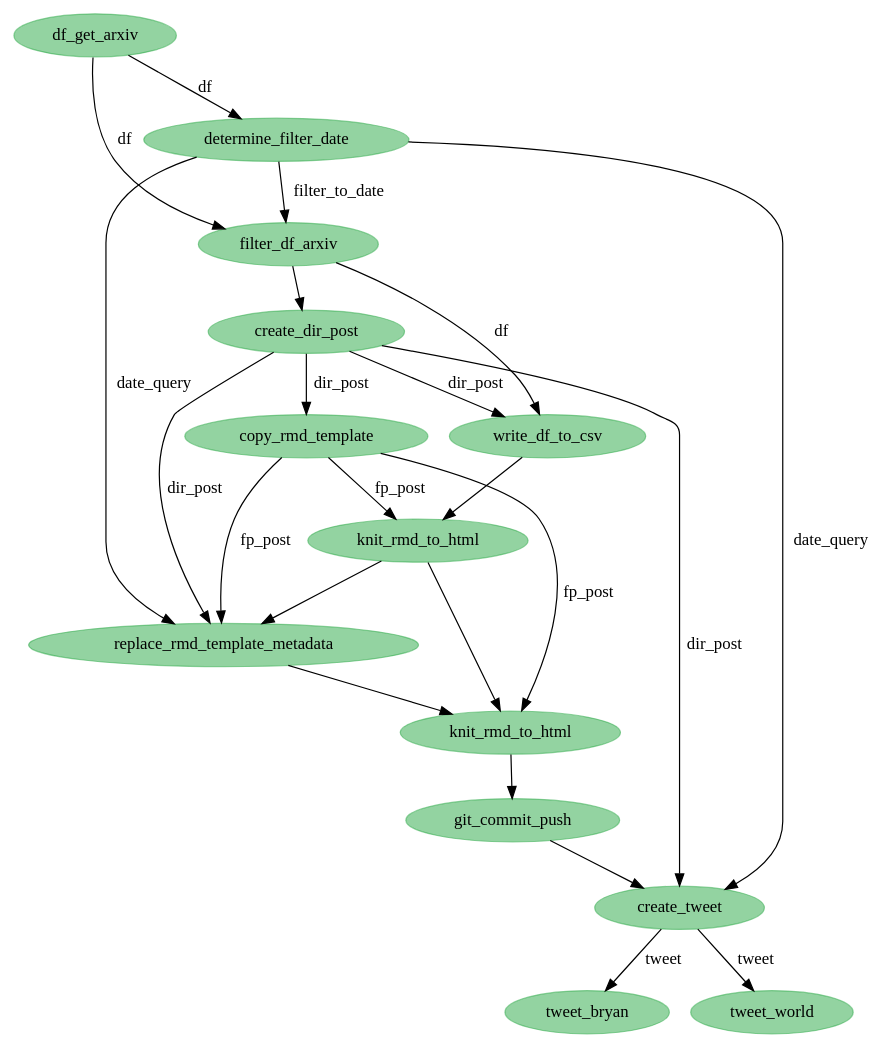
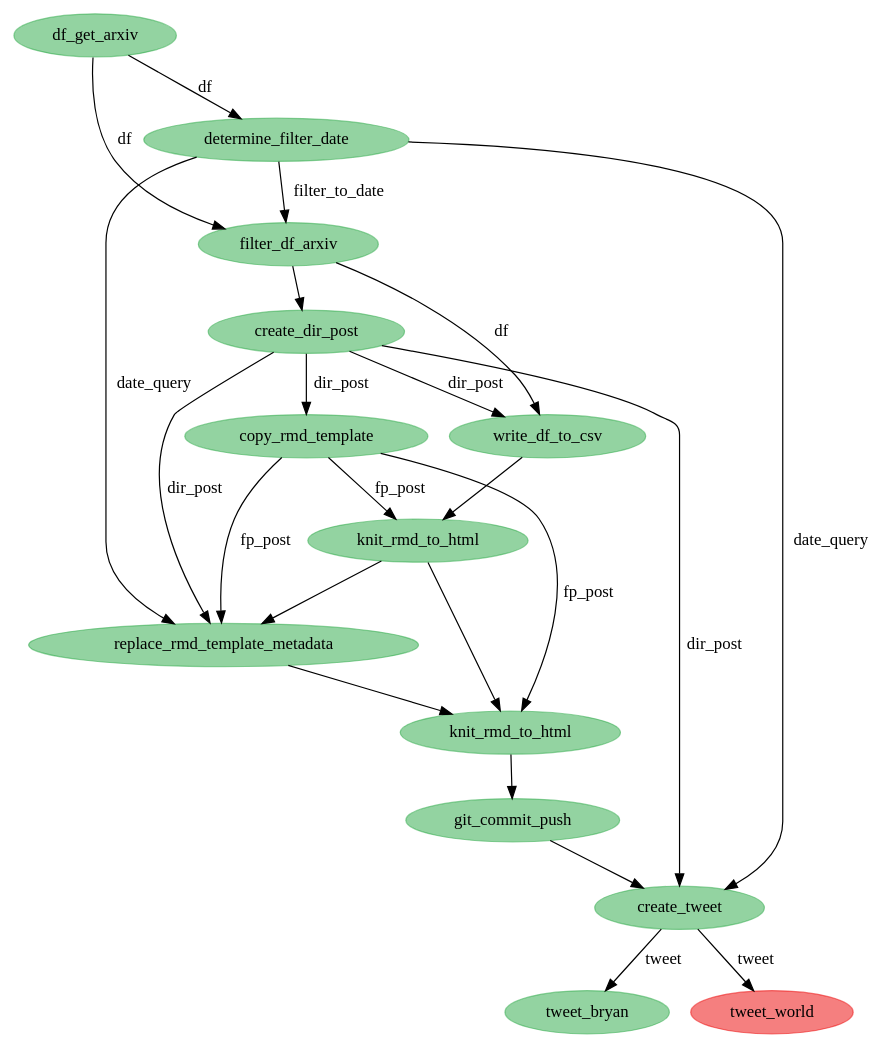
Before and after one commit to bryanwhiting/ds-arxiv: the diagram in python/state-viz.dot, drawn with Graphviz. The commit also changed 16 other files, not shown here.

```diff
--- a/python/state-viz.dot
+++ b/python/state-viz.dot
@@ -1,37 +1,37 @@
 digraph {
-	4631693840 [label=tweet_bryan color="#28a74580" colorscheme=svg shape=ellipse style=filled]
-	4631692944 [label=create_tweet color="#28a74580" colorscheme=svg shape=ellipse style=filled]
-	4631694096 [label=tweet_world color="#28a74580" colorscheme=svg shape=ellipse style=filled]
-	4631621520 [label=df_get_arxiv color="#28a74580" colorscheme=svg shape=ellipse style=filled]
-	4631667216 [label=create_dir_post color="#28a74580" colorscheme=svg shape=ellipse style=filled]
-	4631667728 [label=write_df_to_csv color="#28a74580" colorscheme=svg shape=ellipse style=filled]
-	4631621264 [label=filter_df_arxiv color="#28a74580" colorscheme=svg shape=ellipse style=filled]
-	4631621072 [label=determine_filter_date color="#28a74580" colorscheme=svg shape=ellipse style=filled]
-	4631668688 [label=copy_rmd_template color="#28a74580" colorscheme=svg shape=ellipse style=filled]
-	4631668944 [label=knit_rmd_to_html color="#28a74580" colorscheme=svg shape=ellipse style=filled]
-	4631669648 [label=replace_rmd_template_metadata color="#28a74580" colorscheme=svg shape=ellipse style=filled]
-	4631691408 [label=knit_rmd_to_html color="#28a74580" colorscheme=svg shape=ellipse style=filled]
-	4631692304 [label=git_commit_push color="#28a74580" colorscheme=svg shape=ellipse style=filled]
-	4631668688 -> 4631691408 [label=fp_post]
-	4631621520 -> 4631621264 [label=df]
-	4631667216 -> 4631667728 [label=dir_post]
-	4631667216 -> 4631669648 [label=dir_post]
-	4631667216 -> 4631692944 [label=dir_post]
-	4631667728 -> 4631668944
-	4631668944 -> 4631669648
-	4631668944 -> 4631691408
-	4631668688 -> 4631668944 [label=fp_post]
-	4631621072 -> 4631621264 [label=filter_to_date]
-	4631621520 -> 4631621072 [label=df]
-	4631621072 -> 4631669648 [label=date_query]
-	4631621072 -> 4631692944 [label=date_query]
-	4631667216 -> 4631668688 [label=dir_post]
-	4631621264 -> 4631667216
-	4631669648 -> 4631691408
-	4631691408 -> 4631692304
-	4631692304 -> 4631692944
-	4631692944 -> 4631693840 [label=tweet]
-	4631692944 -> 4631694096 [label=tweet]
-	4631668688 -> 4631669648 [label=fp_post]
-	4631621264 -> 4631667728 [label=df]
+	4588784144 [label=tweet_bryan color="#28a74580" colorscheme=svg shape=ellipse style=filled]
+	4588783248 [label=create_tweet color="#28a74580" colorscheme=svg shape=ellipse style=filled]
+	4588784400 [label=tweet_world color="#eb000080" colorscheme=svg shape=ellipse style=filled]
+	4588703632 [label=df_get_arxiv color="#28a74580" colorscheme=svg shape=ellipse style=filled]
+	4588757520 [label=create_dir_post color="#28a74580" colorscheme=svg shape=ellipse style=filled]
+	4588703376 [label=filter_df_arxiv color="#28a74580" colorscheme=svg shape=ellipse style=filled]
+	4588758032 [label=write_df_to_csv color="#28a74580" colorscheme=svg shape=ellipse style=filled]
+	4588703184 [label=determine_filter_date color="#28a74580" colorscheme=svg shape=ellipse style=filled]
+	4588758992 [label=copy_rmd_template color="#28a74580" colorscheme=svg shape=ellipse style=filled]
+	4588759248 [label=knit_rmd_to_html color="#28a74580" colorscheme=svg shape=ellipse style=filled]
+	4588759952 [label=replace_rmd_template_metadata color="#28a74580" colorscheme=svg shape=ellipse style=filled]
+	4588781712 [label=knit_rmd_to_html color="#28a74580" colorscheme=svg shape=ellipse style=filled]
+	4588782608 [label=git_commit_push color="#28a74580" colorscheme=svg shape=ellipse style=filled]
+	4588783248 -> 4588784144 [label=tweet]
+	4588783248 -> 4588784400 [label=tweet]
+	4588703632 -> 4588703376 [label=df]
+	4588703376 -> 4588758032 [label=df]
+	4588758992 -> 4588781712 [label=fp_post]
+	4588758992 -> 4588759952 [label=fp_post]
+	4588758032 -> 4588759248
+	4588703184 -> 4588783248 [label=date_query]
+	4588703184 -> 4588759952 [label=date_query]
+	4588759248 -> 4588759952
+	4588759248 -> 4588781712
+	4588757520 -> 4588758032 [label=dir_post]
+	4588757520 -> 4588759952 [label=dir_post]
+	4588757520 -> 4588783248 [label=dir_post]
+	4588703632 -> 4588703184 [label=df]
+	4588758992 -> 4588759248 [label=fp_post]
+	4588759952 -> 4588781712
+	4588703376 -> 4588757520
+	4588781712 -> 4588782608
+	4588782608 -> 4588783248
+	4588757520 -> 4588758992 [label=dir_post]
+	4588703184 -> 4588703376 [label=filter_to_date]
 }
```
